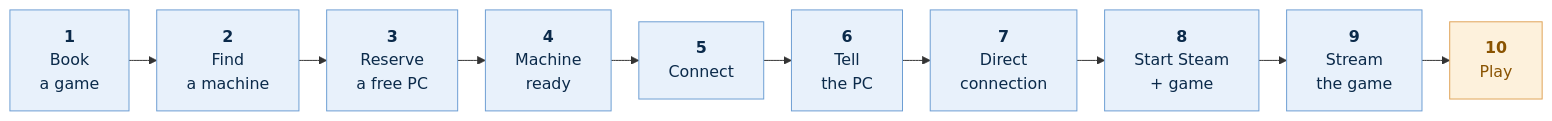
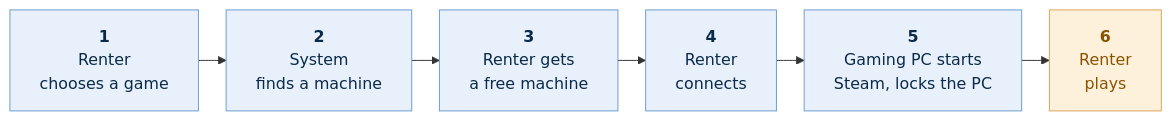
Before and after one commit to tomnotthomas/distributed_gaming: the diagram in docs/diagrams/workflow.mmd, drawn with Mermaid. The commit also changed 2 other files, not shown here.

Commit message:
docs(system-design): cut the workflow to six plain steps

```diff
--- a/docs/diagrams/workflow.mmd
+++ b/docs/diagrams/workflow.mmd
@@ -1,23 +1,23 @@
 ---
 config:
   theme: base
   flowchart:
     curve: basis
     nodeSpacing: 30
     rankSpacing: 28
     htmlLabels: true
   themeVariables:
     fontFamily: "Helvetica Neue, Helvetica, Arial, sans-serif"
     fontSize: 16px
     lineColor: "#333333"
     primaryTextColor: "#0b2a4a"
   themeCSS: >-
     svg, text, span, p, div { font-family: "Helvetica Neue", Helvetica, Arial, sans-serif !important; }
 ---
 flowchart LR
-  S1["<b>1</b><br/>Book<br/>a game"] --> S2["<b>2</b><br/>Find<br/>a machine"] --> S3["<b>3</b><br/>Reserve<br/>a free PC"] --> S4["<b>4</b><br/>Machine<br/>ready"] --> S5["<b>5</b><br/>Connect"] --> S6["<b>6</b><br/>Tell<br/>the PC"] --> S7["<b>7</b><br/>Direct<br/>connection"] --> S8["<b>8</b><br/>Start Steam<br/>+ game"] --> S9["<b>9</b><br/>Stream<br/>the game"] --> S10["<b>10</b><br/>Play"]
+  S1["<b>1</b><br/>Renter<br/>chooses a game"] --> S2["<b>2</b><br/>System<br/>finds a machine"] --> S3["<b>3</b><br/>Renter gets<br/>a free machine"] --> S4["<b>4</b><br/>Renter<br/>connects"] --> S5["<b>5</b><br/>Gaming PC starts<br/>Steam, locks the PC"] --> S6["<b>6</b><br/>Renter<br/>plays"]
 
   classDef step fill:#e8f1fb,stroke:#6d9ed3,color:#0b2a4a
   classDef done fill:#fdf1dc,stroke:#e0a458,color:#8a5300
-  class S1,S2,S3,S4,S5,S6,S7,S8,S9 step
-  class S10 done
+  class S1,S2,S3,S4,S5 step
+  class S6 done
```
